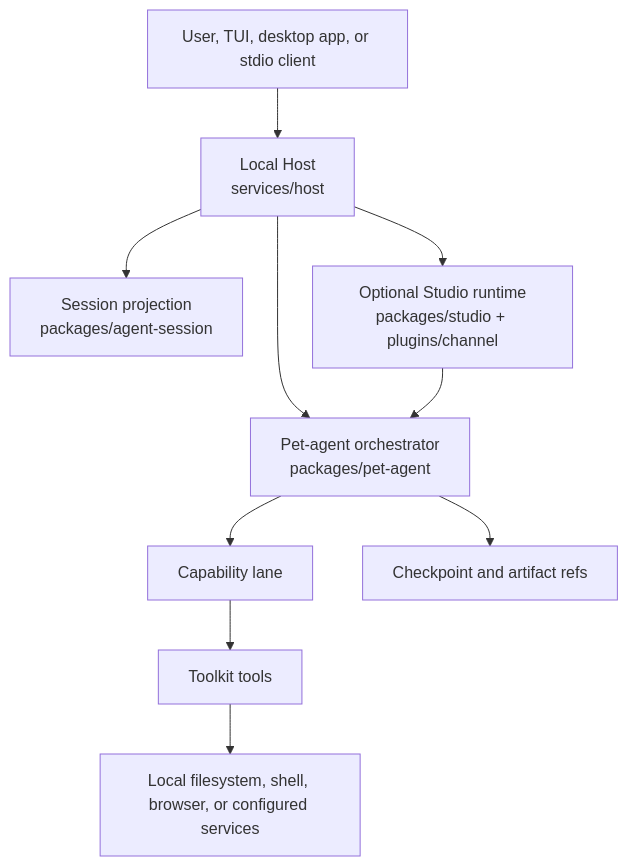
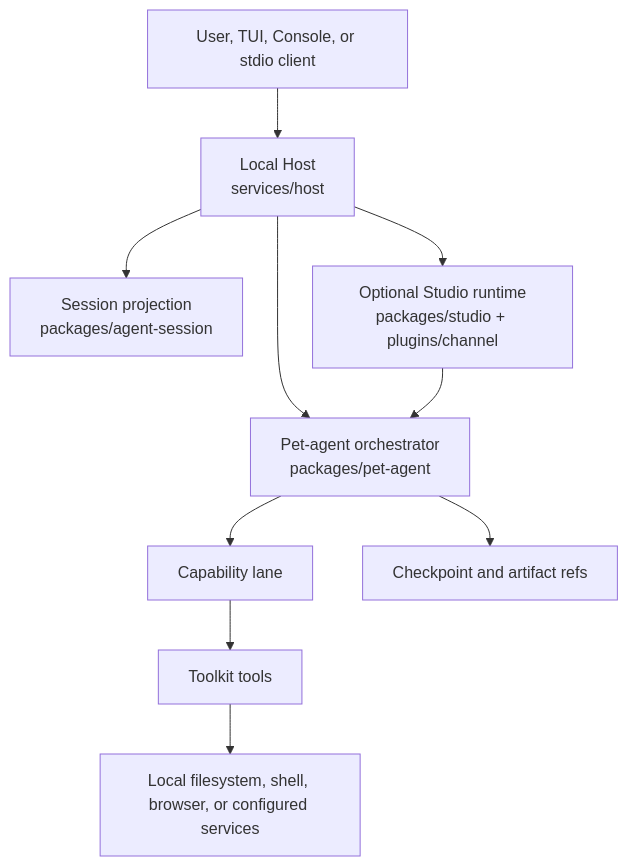
One commit to pinpawo/pinpawo-agent changed the diagram in docs/concepts/architecture.md. Above: the diagram before and after it, drawn with Mermaid. The commit also changed other lines of this file and 48 other files, not shown here.

````diff
--- a/docs/concepts/architecture.md
+++ b/docs/concepts/architecture.md
@@ -33,12 +33,12 @@
 ```mermaid
 flowchart TB
-  U["User, TUI, desktop app, or stdio client"] --> H["Local Host\nservices/host"]
+  U["User, TUI, Console, or stdio client"] --> H["Local Host\nservices/host"]
   H --> O["Pet-agent orchestrator\npackages/pet-agent"]
   H --> S["Session projection\npackages/agent-session"]
   O --> C["Capability lane"]
   C --> K["Toolkit tools"]
   K --> L["Local filesystem, shell, browser, or configured services"]
   O --> A["Checkpoint and artifact refs"]
   H --> ST["Optional Studio runtime\npackages/studio + plugins/channel"]
   ST --> O
 ```
````
